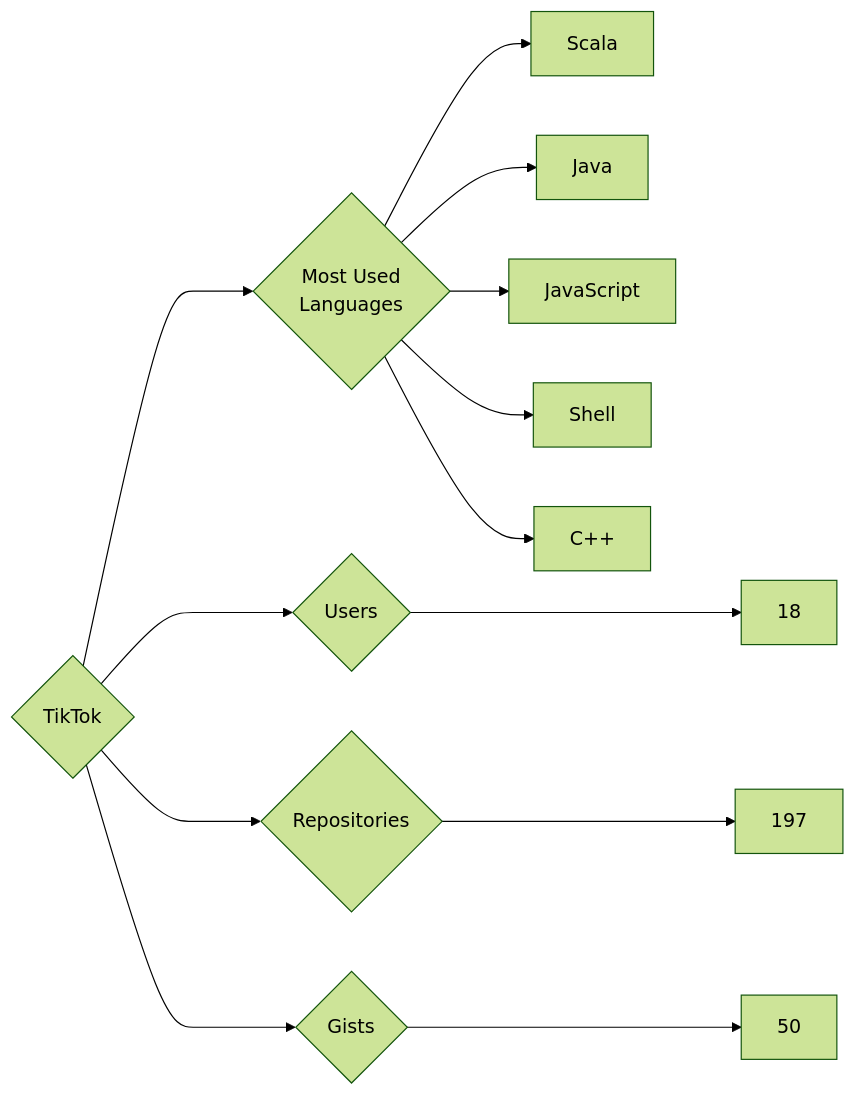
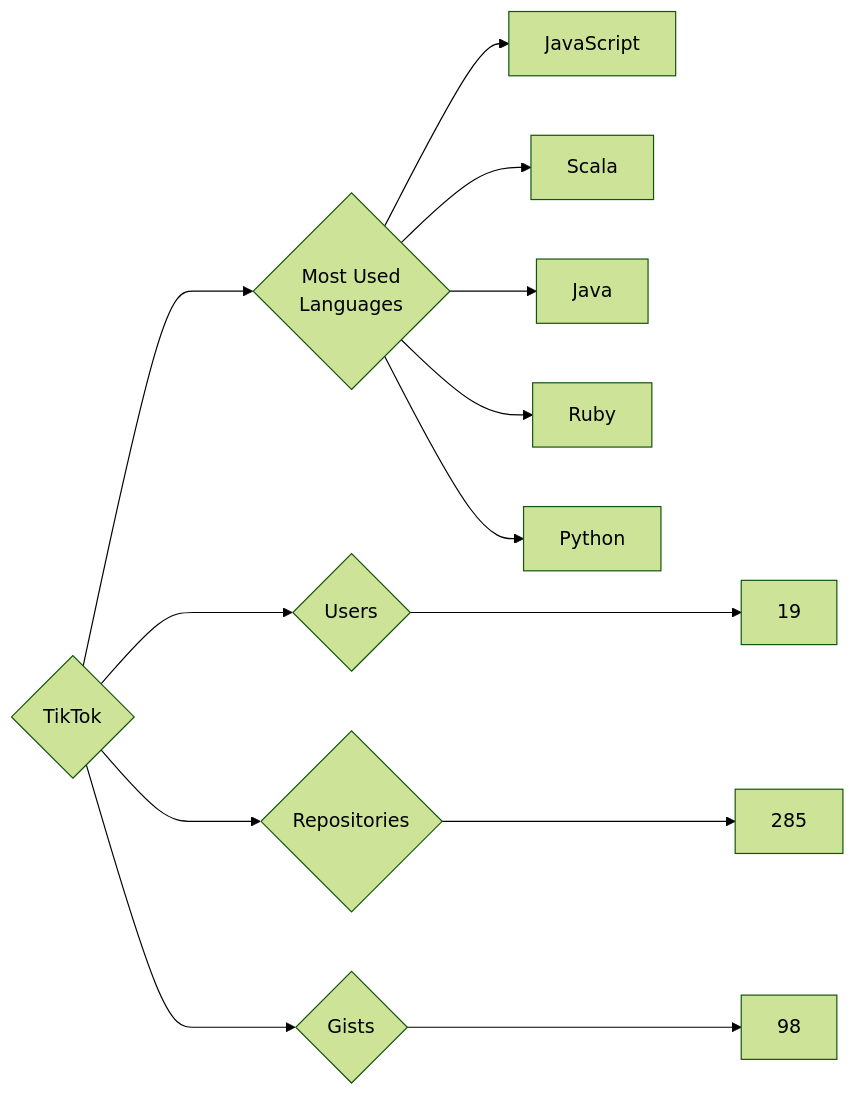
The diagram in targets/TikTok/README.md (trickest/insiders), drawn with Mermaid (forest theme) before and after one commit. The commit also changed 851 other files, not shown here.

````diff
--- a/targets/TikTok/README.md
+++ b/targets/TikTok/README.md
@@ -3,13 +3,13 @@
 ```mermaid
 graph LR
 COMPANY_NAME{TikTok}
-COMPANY_NAME ---> U{Users} ---> UN[18]
-COMPANY_NAME ---> R{Repositories} ---> RN[197]
-COMPANY_NAME ---> G{Gists} ---> GN[50]
+COMPANY_NAME ---> U{Users} ---> UN[19]
+COMPANY_NAME ---> R{Repositories} ---> RN[285]
+COMPANY_NAME ---> G{Gists} ---> GN[98]
 COMPANY_NAME ---> ML{Most Used<br>Languages}
+ML --> JavaScript[JavaScript]
 ML --> Scala[Scala]
 ML --> Java[Java]
-ML --> JavaScript[JavaScript]
-ML --> Shell[Shell]
-ML --> C++[C++]
+ML --> Ruby[Ruby]
+ML --> Python[Python]
 ```
````
